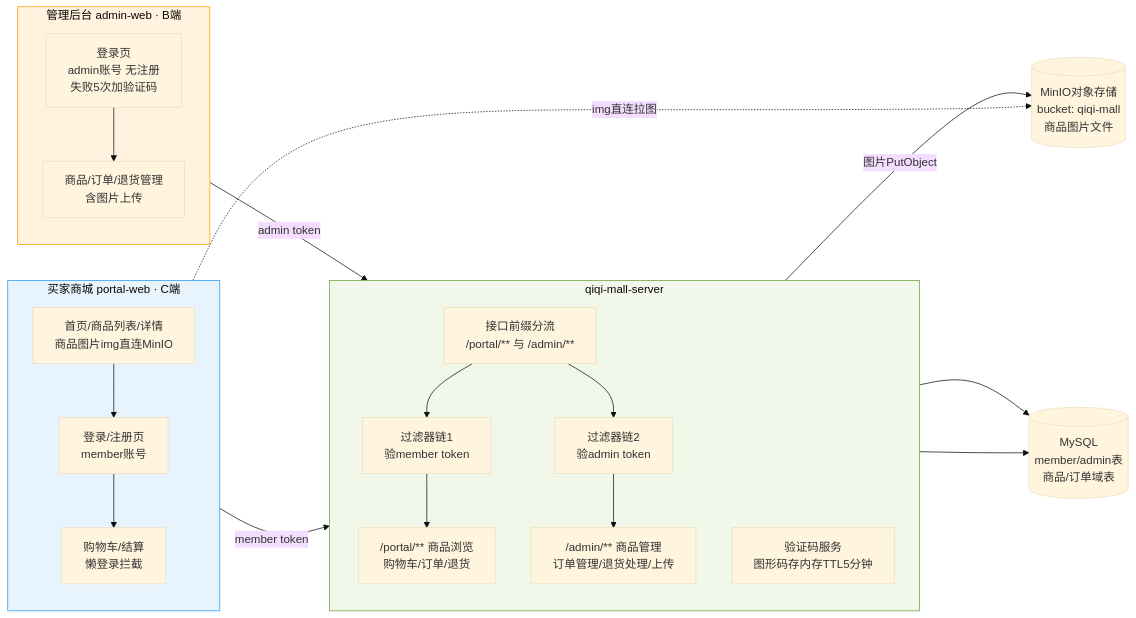
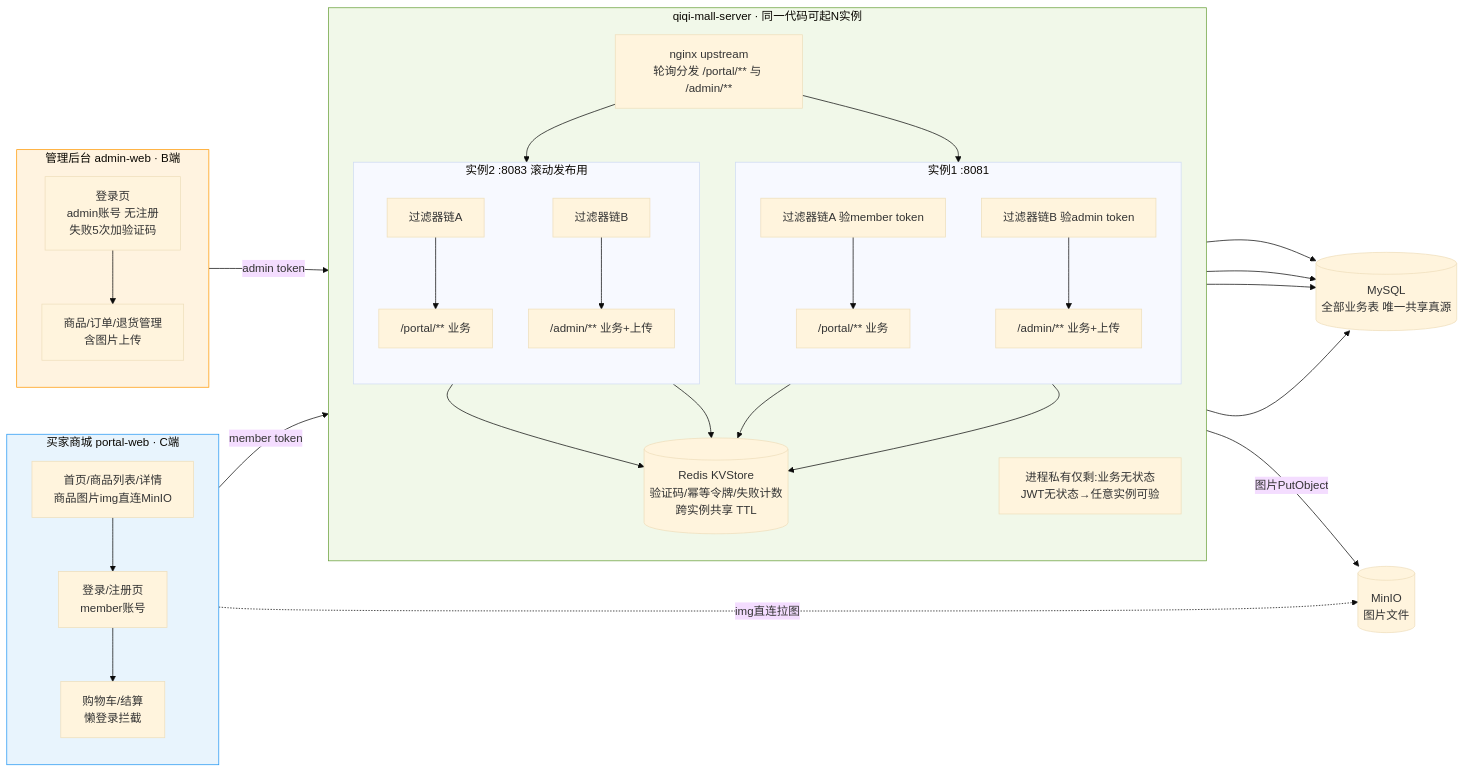
One commit to zzy-repo/qiqi-mall changed the diagram in docs/flows/01-架构/1-系统架构图.mmd. Above: the diagram before and after it, drawn with Mermaid (base theme). The commit also changed 4 other files, not shown here.

Commit message:
docs: 架构图升级为多实例+Redis版(nginx upstream/KVStore共享) + 多实例改造规划multi-instance-plan + 索引同步

```diff
--- a/docs/flows/01-架构/1-系统架构图.mmd
+++ b/docs/flows/01-架构/1-系统架构图.mmd
@@ -1,35 +1,50 @@
 flowchart LR
     subgraph C端[买家商城 portal-web · C端]
         direction TB
         P1[首页/商品列表/详情<br/>商品图片img直连MinIO] --> P2[登录/注册页<br/>member账号]
         P2 --> P3[购物车/结算<br/>懒登录拦截]
     end
 
     subgraph B端[管理后台 admin-web · B端]
         direction TB
         A1[登录页<br/>admin账号 无注册<br/>失败5次加验证码] --> A2[商品/订单/退货管理<br/>含图片上传]
     end
 
-    subgraph 后端[qiqi-mall-server]
+    subgraph 后端[qiqi-mall-server · 同一代码可起N实例]
         direction TB
-        GW[接口前缀分流<br/>/portal/** 与 /admin/**]
-        F0[验证码服务<br/>图形码存内存TTL5分钟]
-        F1[过滤器链1<br/>验member token] --> PortalAPI["/portal/** 商品浏览<br/>购物车/订单/退货"]
-        F2[过滤器链2<br/>验admin token] --> AdminAPI["/admin/** 商品管理<br/>订单管理/退货处理/上传"]
-        GW --> F1
-        GW --> F2
+        GW[nginx upstream<br/>轮询分发 /portal/** 与 /admin/**]
+        subgraph S1[实例1 :8081]
+            direction TB
+            F1A[过滤器链A 验member token] --> PA["/portal/** 业务"]
+            F2A[过滤器链B 验admin token] --> AA["/admin/** 业务+上传"]
+        end
+        subgraph S2[实例2 :8083 滚动发布用]
+            direction TB
+            F1B[过滤器链A] --> PB["/portal/** 业务"]
+            F2B[过滤器链B] --> AB["/admin/** 业务+上传"]
+        end
+        KV[("Redis KVStore<br/>验证码/幂等令牌/失败计数<br/>跨实例共享 TTL")]
+        note["进程私有仅剩:业务无状态<br/>JWT无状态→任意实例可验"]
     end
 
-    DB[(MySQL<br/>member/admin表<br/>商品/订单域表)]
-    MINIO[(MinIO对象存储<br/>bucket: qiqi-mall<br/>商品图片文件)]
+    DB[(MySQL<br/>全部业务表 唯一共享真源)]
+    MINIO[(MinIO<br/>图片文件)]
 
     P3 -- member token --> GW
     A2 -- admin token --> GW
     P1 -.img直连拉图.-> MINIO
-    AdminAPI -- 图片PutObject --> MINIO
-    PortalAPI --> DB
-    AdminAPI --> DB
+    GW --> S1
+    GW --> S2
+    PA --> KV
+    PB --> KV
+    AA --> KV
+    AB --> KV
+    PA --> DB
+    PB --> DB
+    AA --> DB
+    AB --> DB
+    AA -- 图片PutObject --> MINIO
 
     style C端 fill:#e8f4fd,stroke:#2196f3
     style B端 fill:#fff3e0,stroke:#ff9800
     style 后端 fill:#f1f8e9,stroke:#689f38
```
